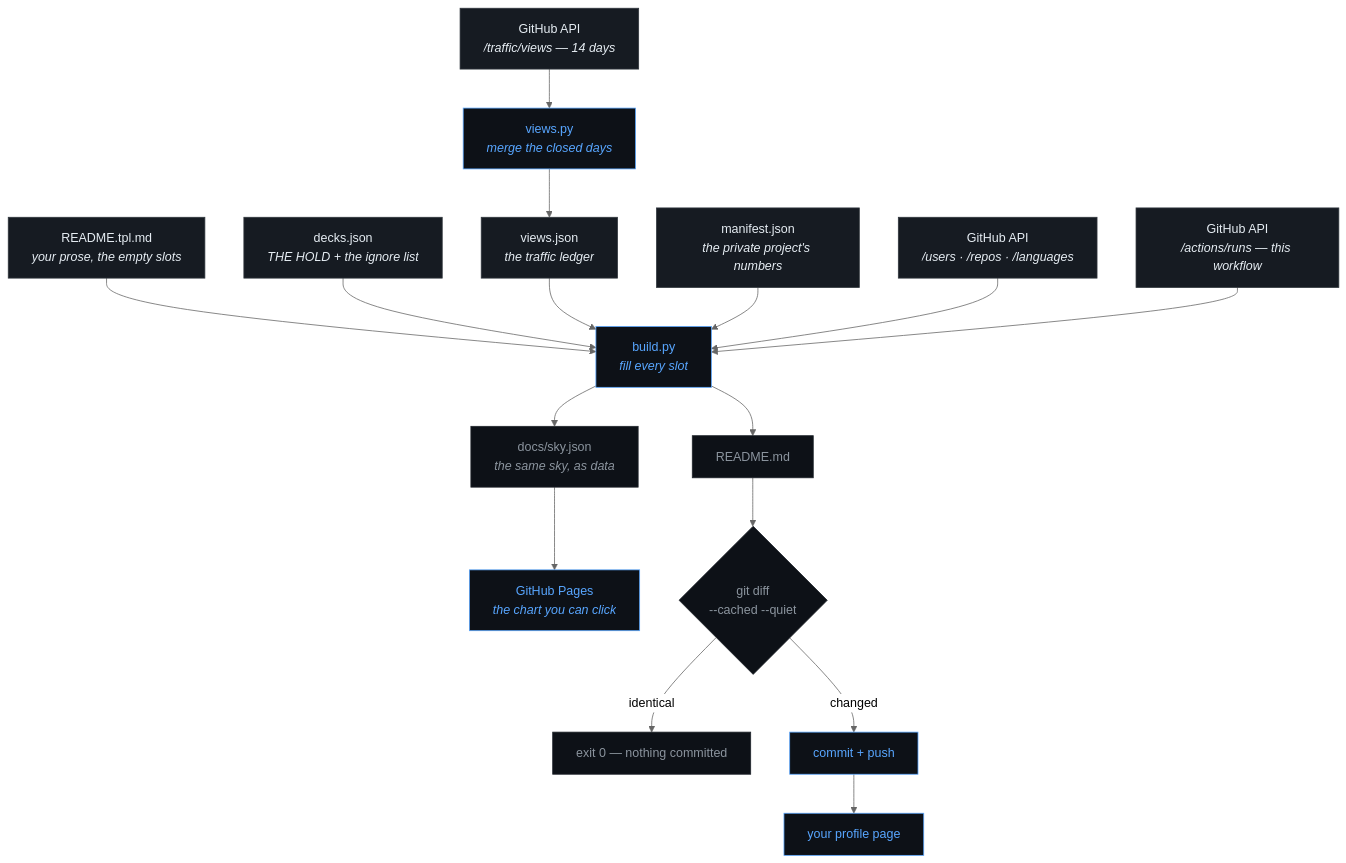
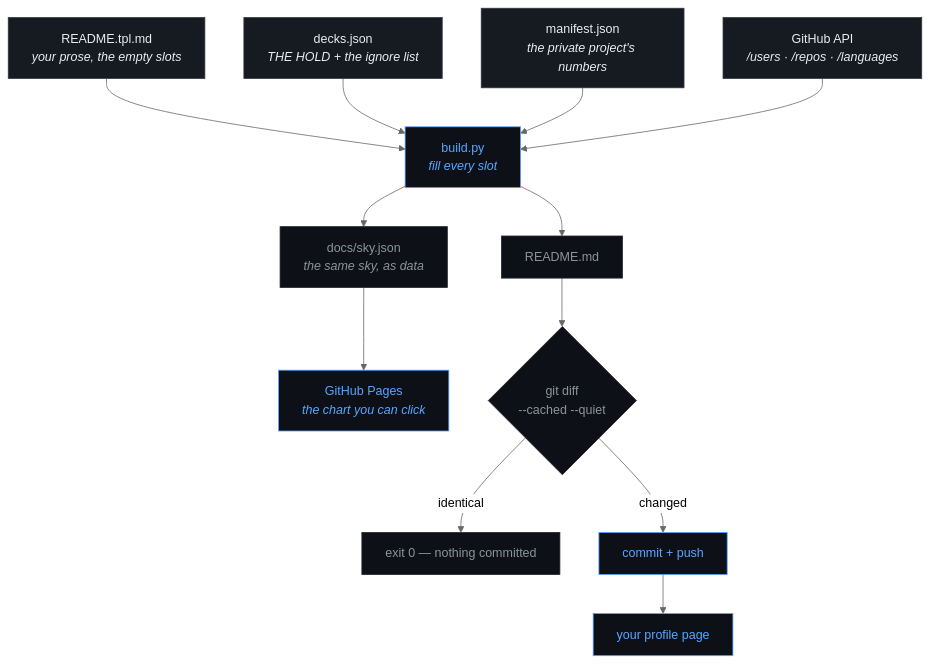
One commit to StarFleet1334/StarFleet1334 changed the first of 4 diagrams in PROCESS.md. Above: the diagram before and after it, drawn with Mermaid (neutral theme). The commit also changed other lines of this file and 6 other files, not shown here.

````diff
--- a/PROCESS.md
+++ b/PROCESS.md
@@ -7,26 +7,22 @@
 ```mermaid
 flowchart TD
     A["README.tpl.md<br/><i>your prose, the empty slots</i>"] --> C
     B["decks.json<br/><i>THE HOLD + the ignore list</i>"] --> C
-    V["views.json<br/><i>the traffic ledger</i>"] --> C
     C --> J["docs/sky.json<br/><i>the same sky, as data</i>"]
     J --> P["GitHub Pages<br/><i>the chart you can click</i>"]
     M["manifest.json<br/><i>the private project's numbers</i>"] --> C
     G["GitHub API<br/><i>/users · /repos · /languages</i>"] --> C
-    T["GitHub API<br/><i>/traffic/views — 14 days</i>"] --> W
-    R["GitHub API<br/><i>/actions/runs — this workflow</i>"] --> C
-    W["views.py<br/><i>merge the closed days</i>"] --> V
     C["build.py<br/><i>fill every slot</i>"] --> D["README.md"]
     D --> E{"git diff<br/>--cached --quiet"}
     E -->|identical| F["exit 0 — nothing committed"]
     E -->|changed| H["commit + push"]
     H --> I["your profile page"]
 
     classDef src  fill:#161b22,stroke:#30363d,color:#e6edf3
     classDef act  fill:#0d1117,stroke:#58a6ff,color:#58a6ff
     classDef quiet fill:#0d1117,stroke:#21262d,color:#8b949e
-    class A,B,M,G,T,V,R src
-    class C,W,H,I,P act
+    class A,B,M,G src
+    class C,H,I,P act
     class J quiet
     class D,E,F quiet
 ```
````
